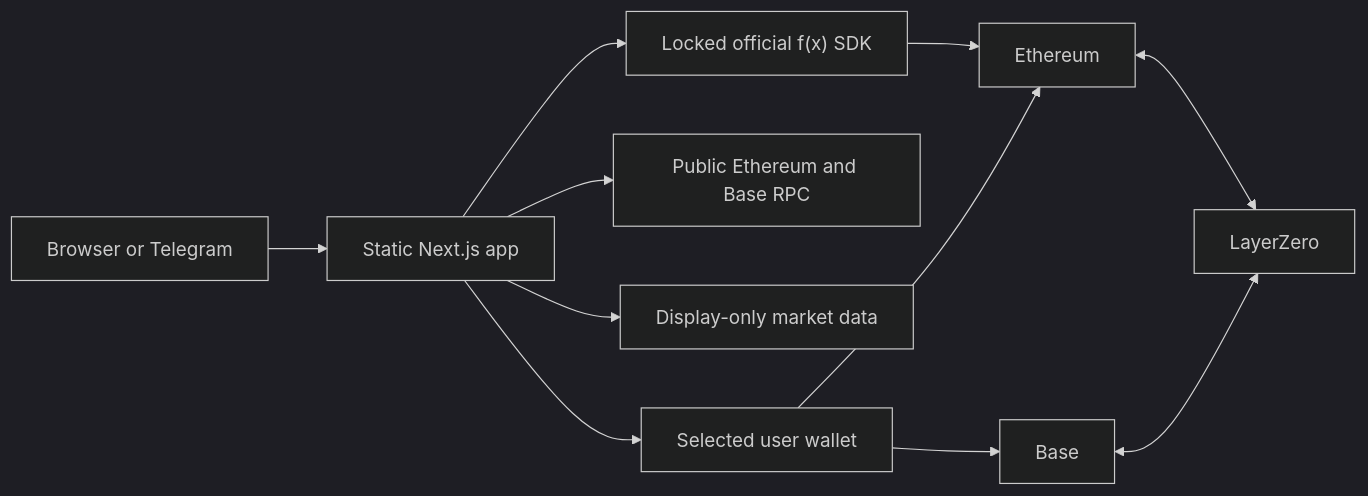
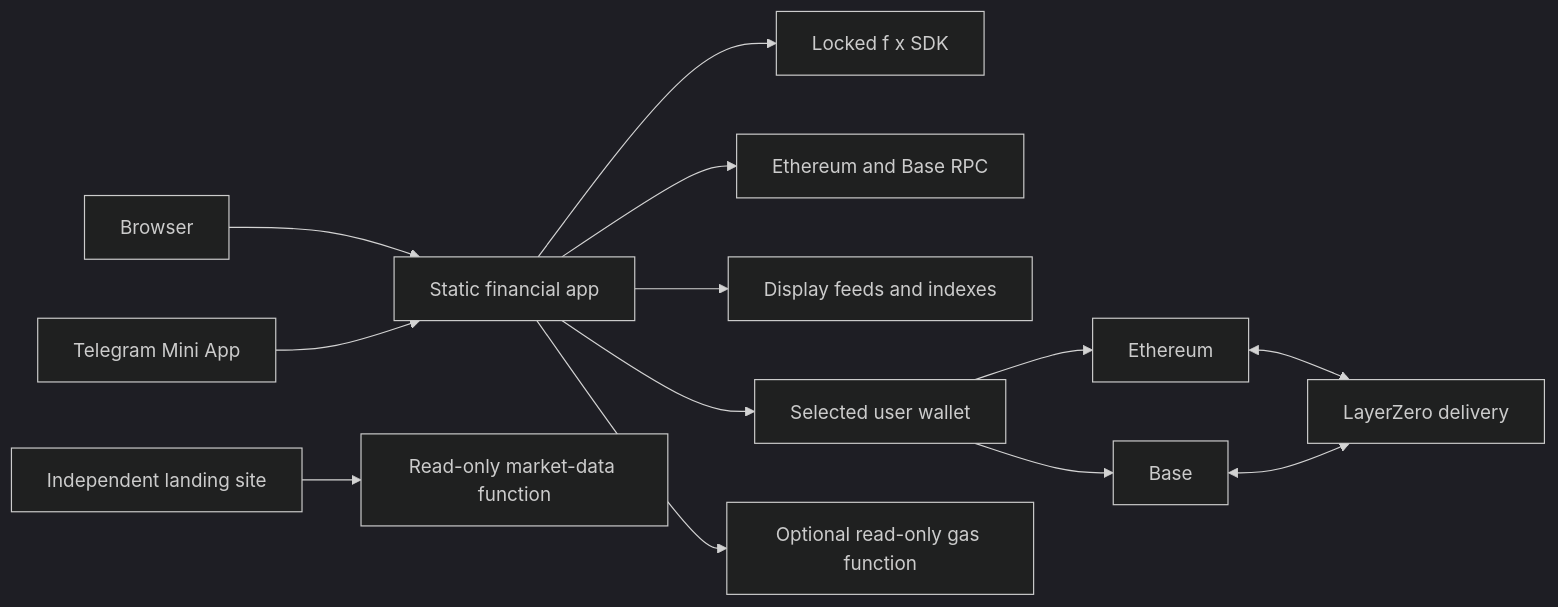
One commit to fxaeon/FxAeon changed the diagram in docs/architecture.md. Above: the diagram before and after it, drawn with Mermaid (dark theme). The commit also changed other lines of this file and 106 other files, not shown here.

````diff
--- a/docs/architecture.md
+++ b/docs/architecture.md
@@ -7,13 +7,15 @@
 ```mermaid
 flowchart LR
-  B[Browser or Telegram] --> A[Static Next.js app]
-  A --> S["Locked official f(x) SDK"]
-  A --> R[Public Ethereum and Base RPC]
-  A --> P[Display-only market data]
-  A --> W[Selected user wallet]
-  S --> E[Ethereum]
-  W --> E
-  W --> BASE[Base]
-  E <--> L[LayerZero]
-  BASE <--> L
+  Web[Browser] --> App[Static financial app]
+  TG[Telegram Mini App] --> App
+  App --> SDK[Locked f x SDK]
+  App --> RPC[Ethereum and Base RPC]
+  App --> Data[Display feeds and indexes]
+  App --> Wallet[Selected user wallet]
+  Wallet --> ETH[Ethereum]
+  Wallet --> Base[Base]
+  ETH <--> LZ[LayerZero delivery]
+  Base <--> LZ
+  App --> Gas[Optional read-only gas function]
+  Landing[Independent landing site] --> Market[Read-only market-data function]
 ```
````
